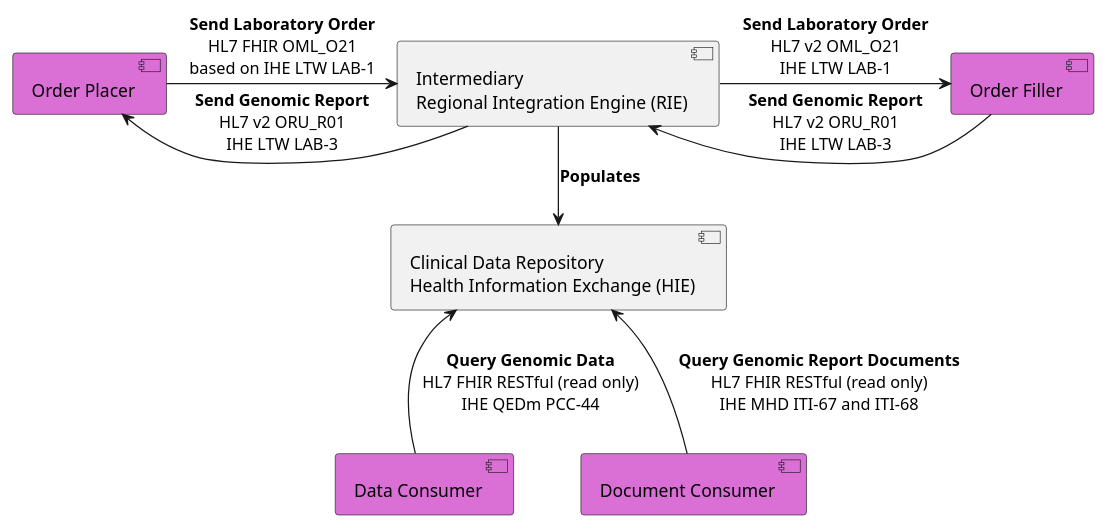
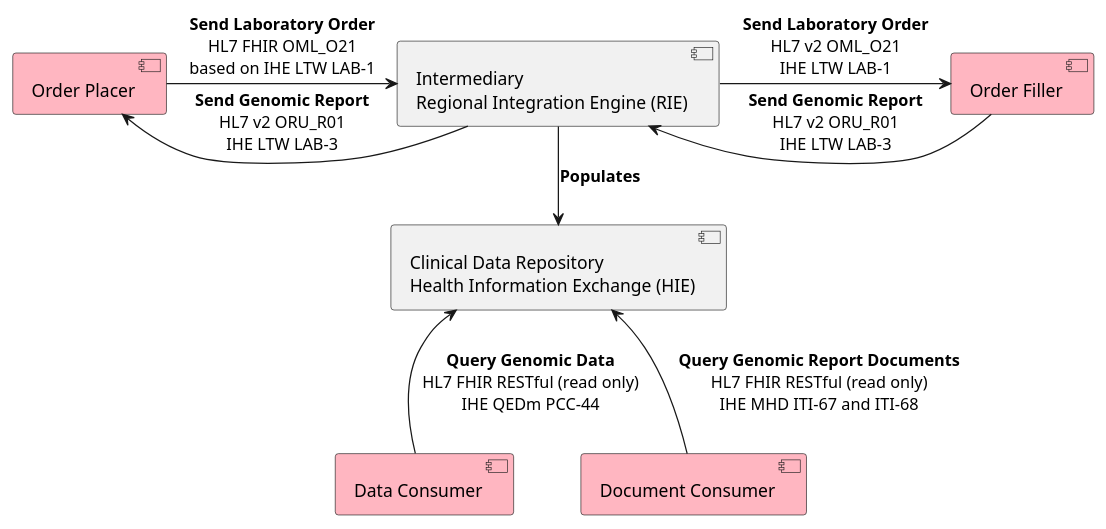
One commit to uk-gov-mirror/nw-gmsa.nw-gmsa.github.com changed the diagram in input/images-source/overview-hie.plantuml. Above: the diagram before and after it, drawn with PlantUML.

Commit message:
Changed supporting infor to Order Entry Questions

```diff
--- a/input/images-source/overview-hie.plantuml
+++ b/input/images-source/overview-hie.plantuml
@@ -1,20 +1,20 @@
 @startuml
 
- component "Order Placer" as EPR #Orchid
- component "Order Filler" as LIMS #Orchid
- component "Data Consumer" as HIE #Orchid
- component "Document Consumer" as HIEU #Orchid
+ component "Order Placer" as EPR #LightPink
+ component "Order Filler" as LIMS #LightPink
+ component "Data Consumer" as HIE #LightPink
+ component "Document Consumer" as HIEU #LightPink
  component "Intermediary\nRegional Integration Engine (RIE)" as TIE
  component "Clinical Data Repository\nHealth Information Exchange (HIE)" as CDR
 
 
 
  EPR -r-> TIE : **Send Laboratory Order**\nHL7 FHIR OML_O21\nbased on IHE LTW LAB-1
  TIE -r-> LIMS: **Send Laboratory Order**\nHL7 v2 OML_O21\nIHE LTW LAB-1
  LIMS -l-> TIE : **Send Genomic Report**\nHL7 v2 ORU_R01\nIHE LTW LAB-3
  TIE -l-> EPR: **Send Genomic Report**\nHL7 v2 ORU_R01\nIHE LTW LAB-3
  TIE -d-> CDR: **Populates**
  HIE -u-> CDR: **Query Genomic Data**\nHL7 FHIR RESTful (read only)\nIHE QEDm PCC-44
  HIEU -u-> CDR: **Query Genomic Report Documents**\nHL7 FHIR RESTful (read only)\nIHE MHD ITI-67 and ITI-68
 
 @enduml
```
